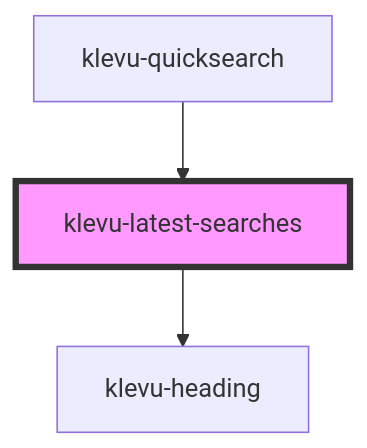
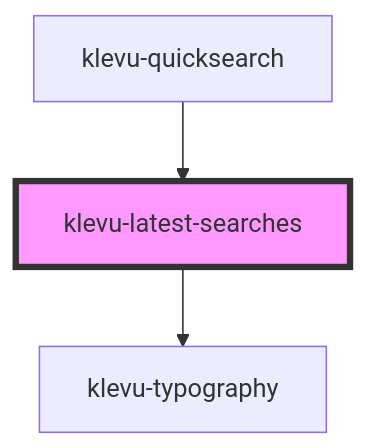
The diagram in packages/klevu-ui/src/components/klevu-latest-searches/readme.md (klevultd/frontend-sdk), drawn with Mermaid before and after one commit. The commit also changed other lines of this file and 39 other files, not shown here.

Commit message:
change heading to typography and create system

````diff
--- a/packages/klevu-ui/src/components/klevu-latest-searches/readme.md
+++ b/packages/klevu-ui/src/components/klevu-latest-searches/readme.md
@@ -35,6 +35,6 @@
 ```mermaid
 graph TD;
-  klevu-latest-searches --> klevu-heading
+  klevu-latest-searches --> klevu-typography
   klevu-quicksearch --> klevu-latest-searches
   style klevu-latest-searches fill:#f9f,stroke:#333,stroke-width:4px
 ```
````
